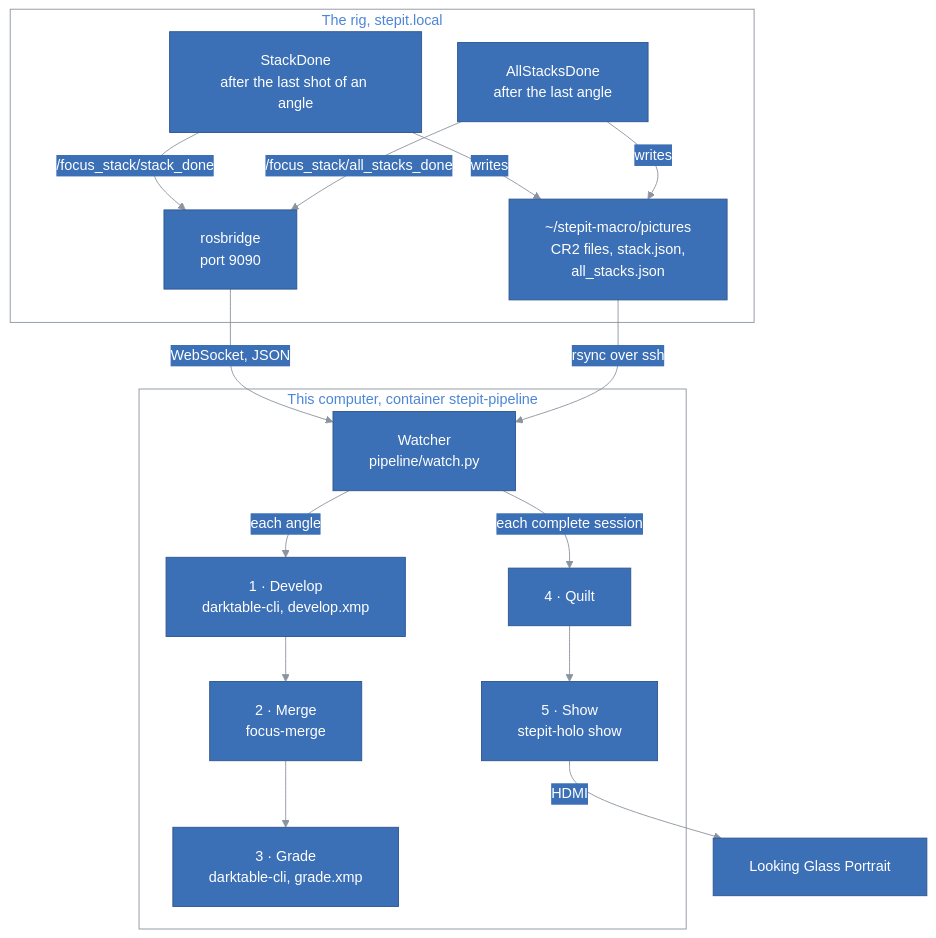
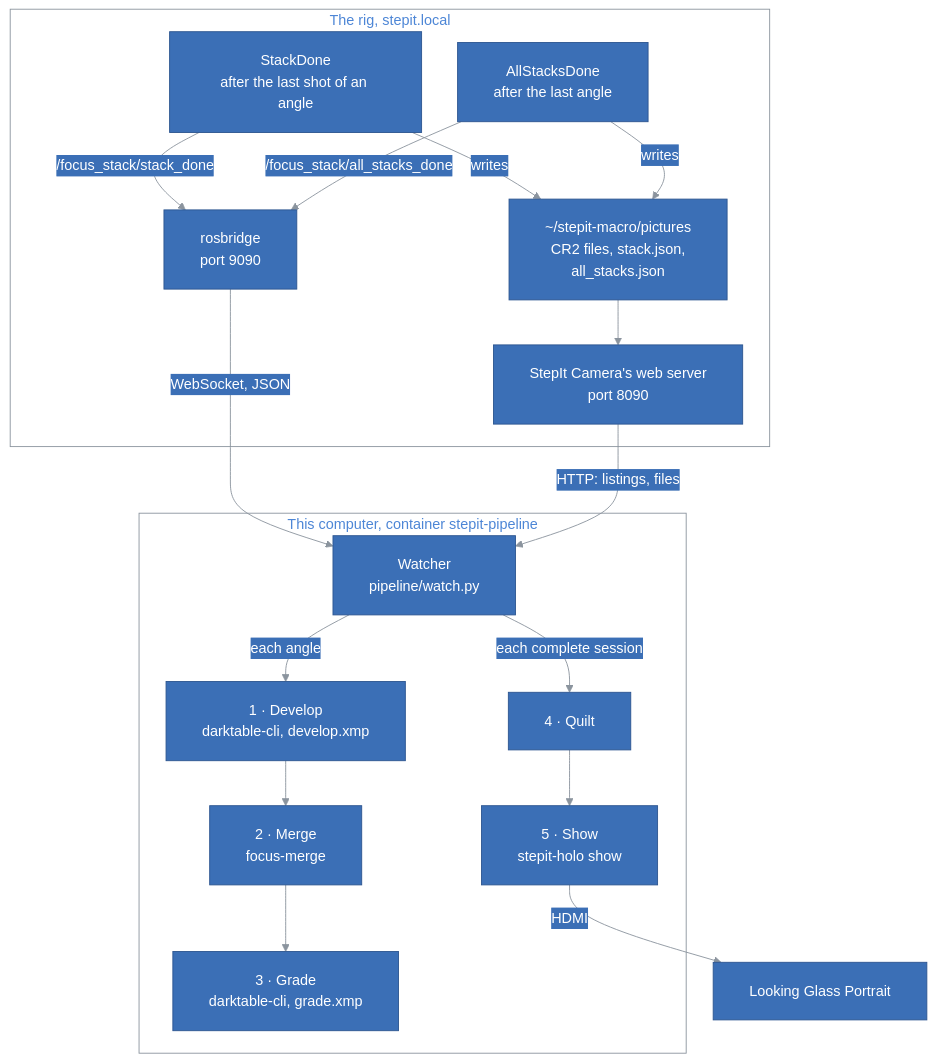
One commit to kineticsystem/stepit-stacker changed the first of 2 diagrams in docs/ARCHITECTURE.md. Above: the diagram before and after it, drawn with Mermaid. The commit also changed other lines of this file and 9 other files, not shown here.

First line of the commit message:
Copy the rig's pictures over HTTP, without ssh

```diff
--- a/docs/ARCHITECTURE.md
+++ b/docs/ARCHITECTURE.md
@@ -90,6 +90,7 @@
         StackDone["StackDone<br/>after the last shot of an angle"]
         AllStacksDone["AllStacksDone<br/>after the last angle"]
         Rosbridge["rosbridge<br/>port 9090"]
+        WebServer["StepIt Camera's web server<br/>port 8090"]
         RigPictures["~/stepit-macro/pictures<br/>CR2 files, stack.json,<br/>all_stacks.json"]
         StackDone -- "/focus_stack/stack_done" --> Rosbridge
         AllStacksDone -- "/focus_stack/all_stacks_done" --> Rosbridge
@@ -108,7 +109,8 @@
     end
     Portrait["Looking Glass Portrait"]
     Rosbridge -- "WebSocket, JSON" --> Watcher
-    RigPictures -- "rsync over ssh" --> Watcher
+    RigPictures --> WebServer
+    WebServer -- "HTTP: listings, files" --> Watcher
     Show -- "HDMI" --> Portrait
 
     classDef default fill:#3b6fb6,stroke:#2c5590,color:#ffffff
```
